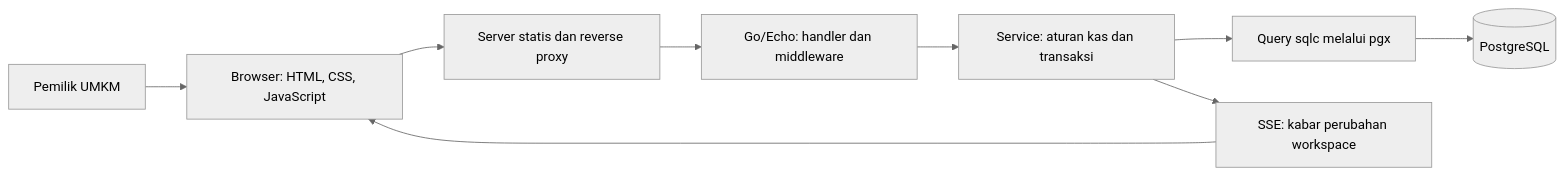
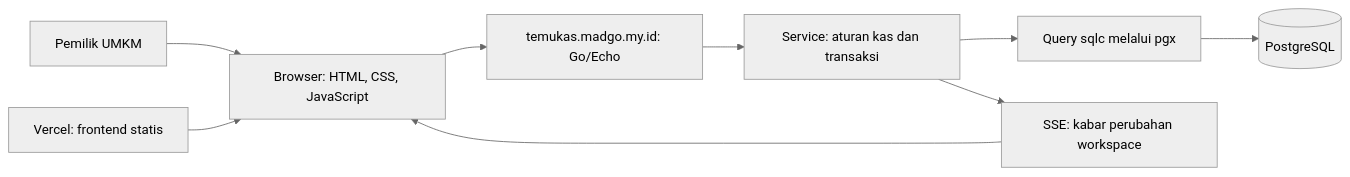
The first of 2 diagrams in architecture.md (AhmadKusumahDEV/rekonsiliasi-kas-umkm), drawn with Mermaid (neutral theme) before and after one commit. The commit also changed other lines of this file and 7 other files, not shown here.

````diff
--- a/architecture.md
+++ b/architecture.md
@@ -51,11 +51,11 @@
 ```mermaid
 flowchart LR
     U["Pemilik UMKM"] --> F["Browser: HTML, CSS, JavaScript"]
-    F --> P["Server statis dan reverse proxy"]
-    P --> H["Go/Echo: handler dan middleware"]
+    V["Vercel: frontend statis"] --> F
+    F --> H["temukas.madgo.my.id: Go/Echo"]
     H --> S["Service: aturan kas dan transaksi"]
     S --> Q["Query sqlc melalui pgx"]
     Q --> D[("PostgreSQL")]
     S --> E["SSE: kabar perubahan workspace"]
     E --> F
 ```
````
